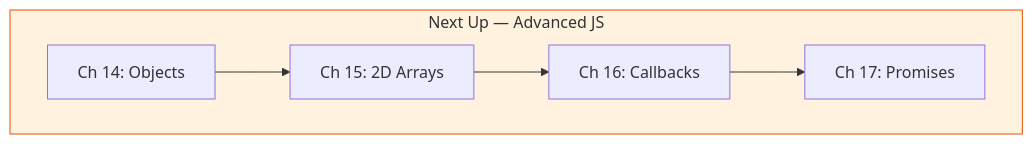
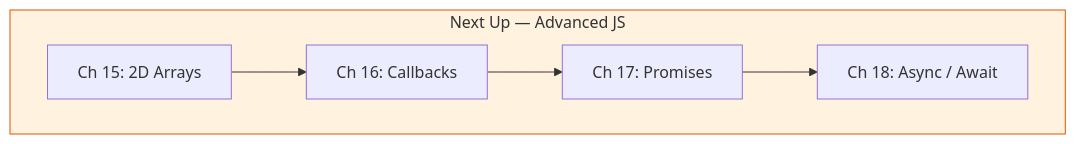
One commit to azherkhan0215-qa/LearnPlayWrightBatch2X changed diagram 26 of 28 in README.md. Above: the diagram before and after it, drawn with Mermaid. The commit also changed other lines of this file and 15 other files, not shown here.

````diff
--- a/README.md
+++ b/README.md
@@ -1555,10 +1649,10 @@
 ```mermaid
 graph TD
     subgraph next["Next Up — Advanced JS"]
-        N1["Ch 14: Objects"] --> N2[Ch 15: 2D Arrays]
-        N2 --> N3[Ch 16: Callbacks]
-        N3 --> N4[Ch 17: Promises]
+        N1["Ch 15: 2D Arrays"] --> N2[Ch 16: Callbacks]
+        N2 --> N3[Ch 17: Promises]
+        N3 --> N4[Ch 18: Async / Await]
     end
 
     style next fill:#fff3e0,stroke:#e65100
 ```
````
